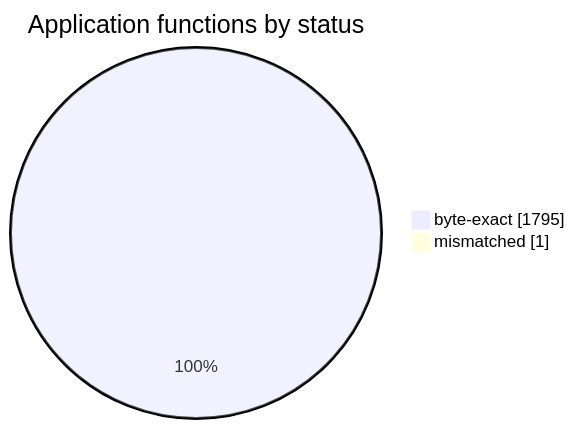
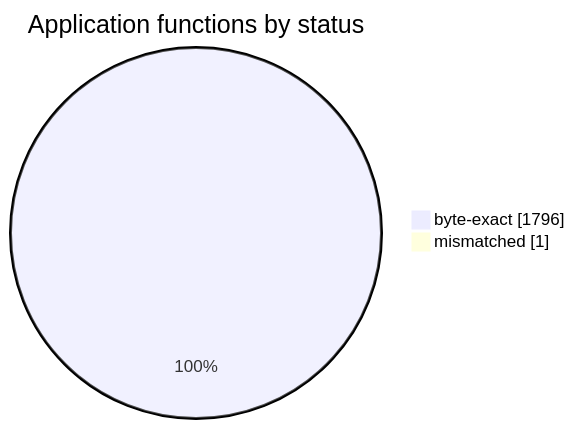
Before and after one commit to sorokya/eos: the diagram in README.md, drawn with Mermaid. The commit also changed other lines of this file and 5 other files, not shown here.

````diff
--- a/README.md
+++ b/README.md
@@ -154,6 +154,6 @@
 ```mermaid
 pie showData
     title Application functions by status
-    "byte-exact" : 1795
+    "byte-exact" : 1796
     "mismatched" : 1
 ```
````
